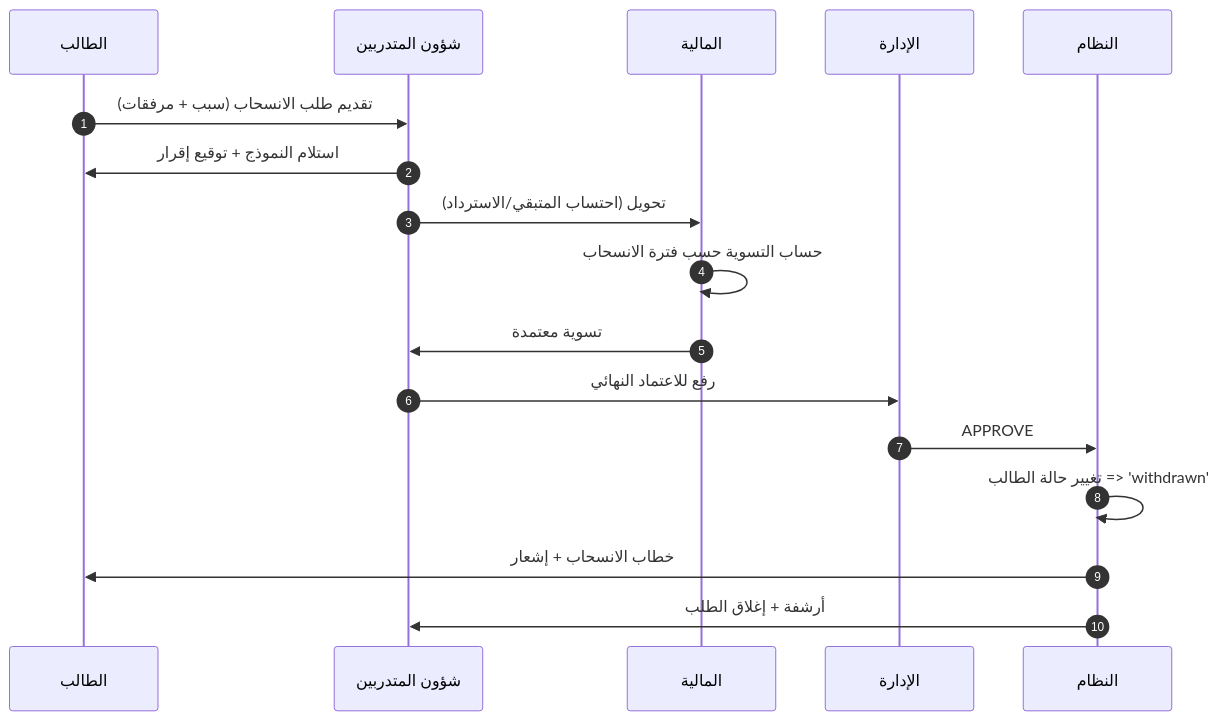
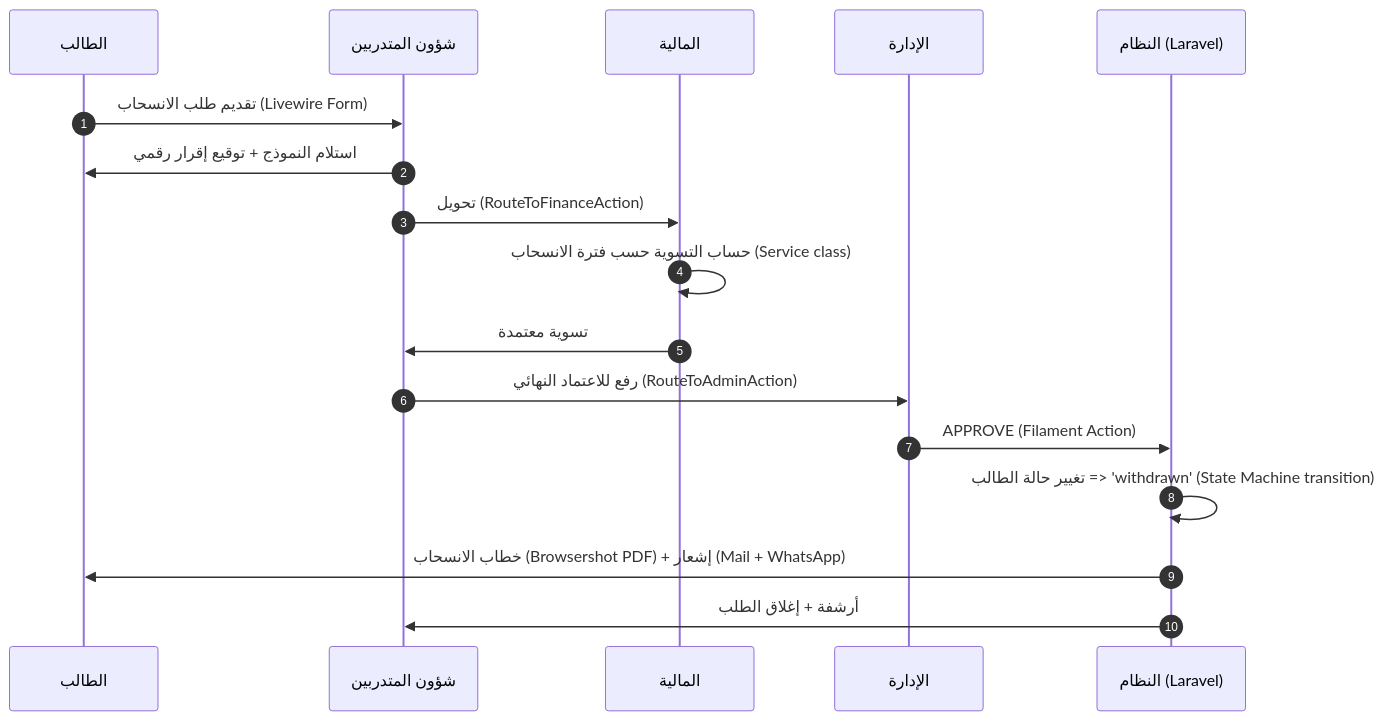
One commit to alharbib902-del/technical-handover changed the fifth of 18 diagrams in مسودات-الوكلاء/الجزء-02-الموديولات-والمنطق-التجاري.md. Above: the diagram before and after it, drawn with Mermaid. The commit also changed other lines of this file and 22 other files, not shown here.

First line of the commit message:
feat: switch tech stack to Laravel 11 + Filament 3 (replacing Next.js + Supabase)

````diff
--- a/مسودات-الوكلاء/الجزء-02-الموديولات-والمنطق-التجاري.md
+++ b/مسودات-الوكلاء/الجزء-02-الموديولات-والمنطق-التجاري.md
@@ -1683,20 +2147,20 @@
 ```mermaid
 sequenceDiagram
     autonumber
     participant S as الطالب
     participant SA as شؤون المتدربين
     participant FIN as المالية
     participant ADM as الإدارة
-    participant SYS as النظام
+    participant SYS as النظام (Laravel)
 
-    S->>SA: تقديم طلب الانسحاب (سبب + مرفقات)
-    SA->>S: استلام النموذج + توقيع إقرار
-    SA->>FIN: تحويل (احتساب المتبقي/الاسترداد)
-    FIN->>FIN: حساب التسوية حسب فترة الانسحاب
+    S->>SA: تقديم طلب الانسحاب (Livewire Form)
+    SA->>S: استلام النموذج + توقيع إقرار رقمي
+    SA->>FIN: تحويل (RouteToFinanceAction)
+    FIN->>FIN: حساب التسوية حسب فترة الانسحاب (Service class)
     FIN->>SA: تسوية معتمدة
-    SA->>ADM: رفع للاعتماد النهائي
-    ADM->>SYS: APPROVE
-    SYS->>SYS: تغيير حالة الطالب => 'withdrawn'
-    SYS->>S: خطاب الانسحاب + إشعار
+    SA->>ADM: رفع للاعتماد النهائي (RouteToAdminAction)
+    ADM->>SYS: APPROVE (Filament Action)
+    SYS->>SYS: تغيير حالة الطالب => 'withdrawn' (State Machine transition)
+    SYS->>S: خطاب الانسحاب (Browsershot PDF) + إشعار (Mail + WhatsApp)
     SYS->>SA: أرشفة + إغلاق الطلب
 ```
````
